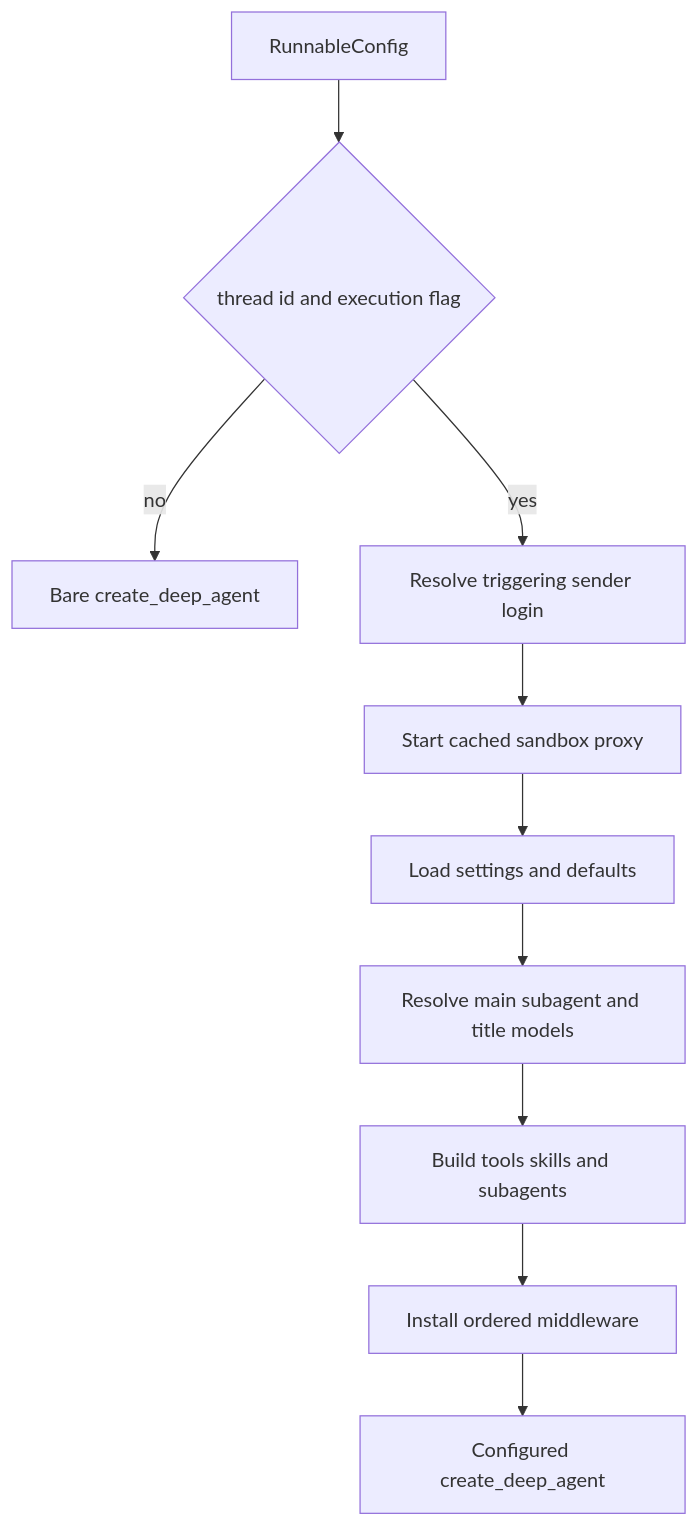
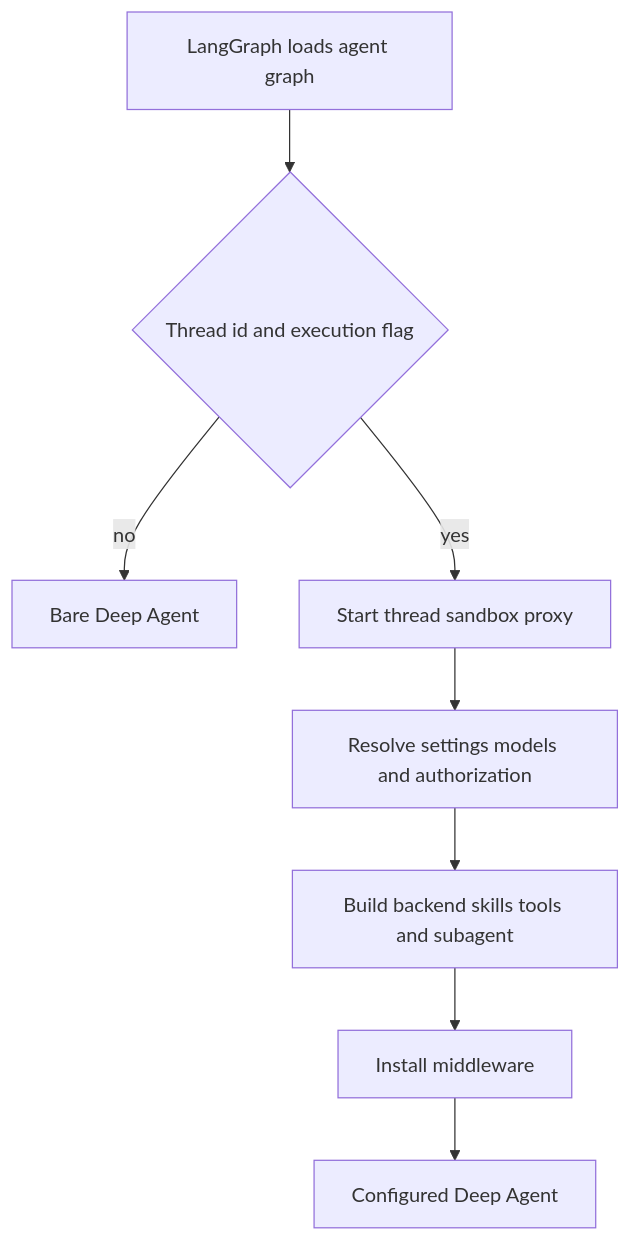
One commit to langchain-ai/open-swe changed the diagram in openwiki/architecture/agent-graph.md. Above: the diagram before and after it, drawn with Mermaid. The commit also changed other lines of this file and 52 other files, not shown here.

````diff
--- a/openwiki/architecture/agent-graph.md
+++ b/openwiki/architecture/agent-graph.md
@@ -61,12 +47,10 @@
 ```mermaid
 flowchart TD
-    Input["RunnableConfig"] --> Gate{"thread id and execution flag"}
-    Gate -- no --> Bare["Bare create_deep_agent"]
-    Gate -- yes --> Sender["Resolve triggering sender login"]
-    Sender --> Proxy["Start cached sandbox proxy"]
-    Proxy --> Settings["Load settings and defaults"]
-    Settings --> Models["Resolve main subagent and title models"]
-    Models --> Surface["Build tools skills and subagents"]
-    Surface --> Stack["Install ordered middleware"]
-    Stack --> Graph["Configured create_deep_agent"]
+    Load["LangGraph loads agent graph"] --> Gate{"Thread id and execution flag"}
+    Gate -- no --> Bare["Bare Deep Agent"]
+    Gate -- yes --> Start["Start thread sandbox proxy"]
+    Start --> Resolve["Resolve settings models and authorization"]
+    Resolve --> Surface["Build backend skills tools and subagent"]
+    Surface --> Stack["Install middleware"]
+    Stack --> Ready["Configured Deep Agent"]
 ```
````
